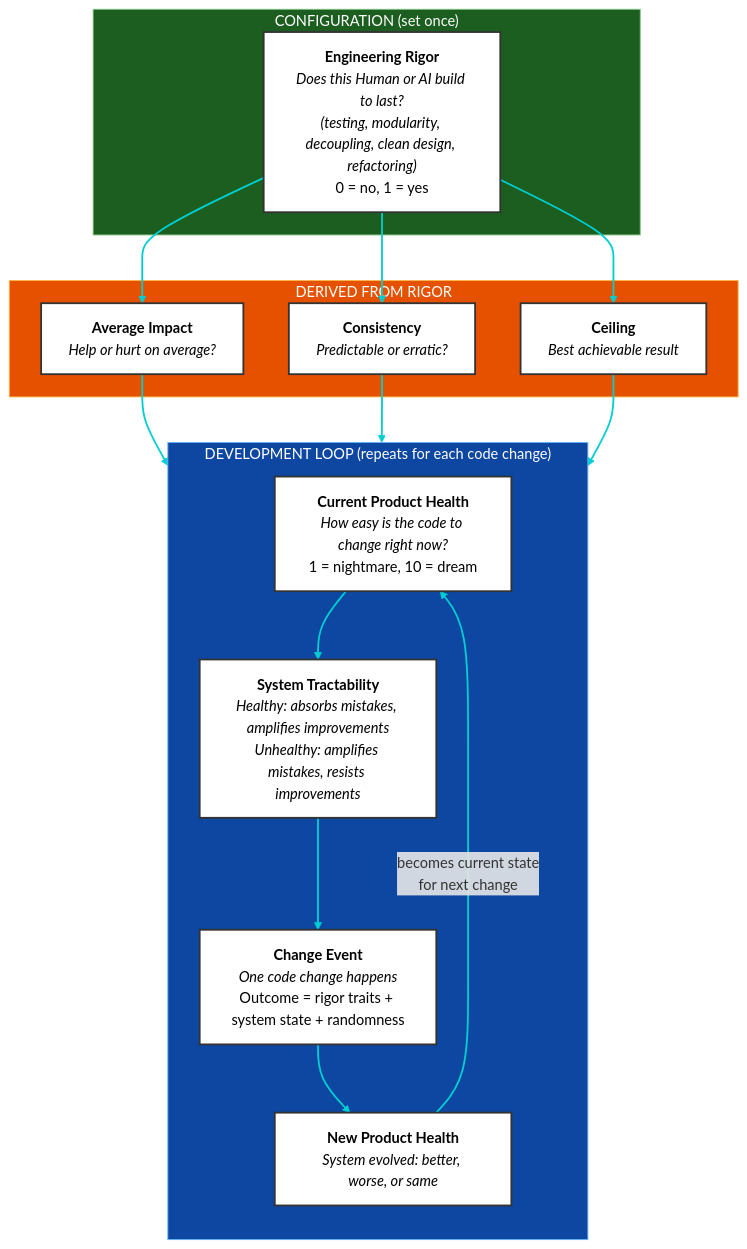
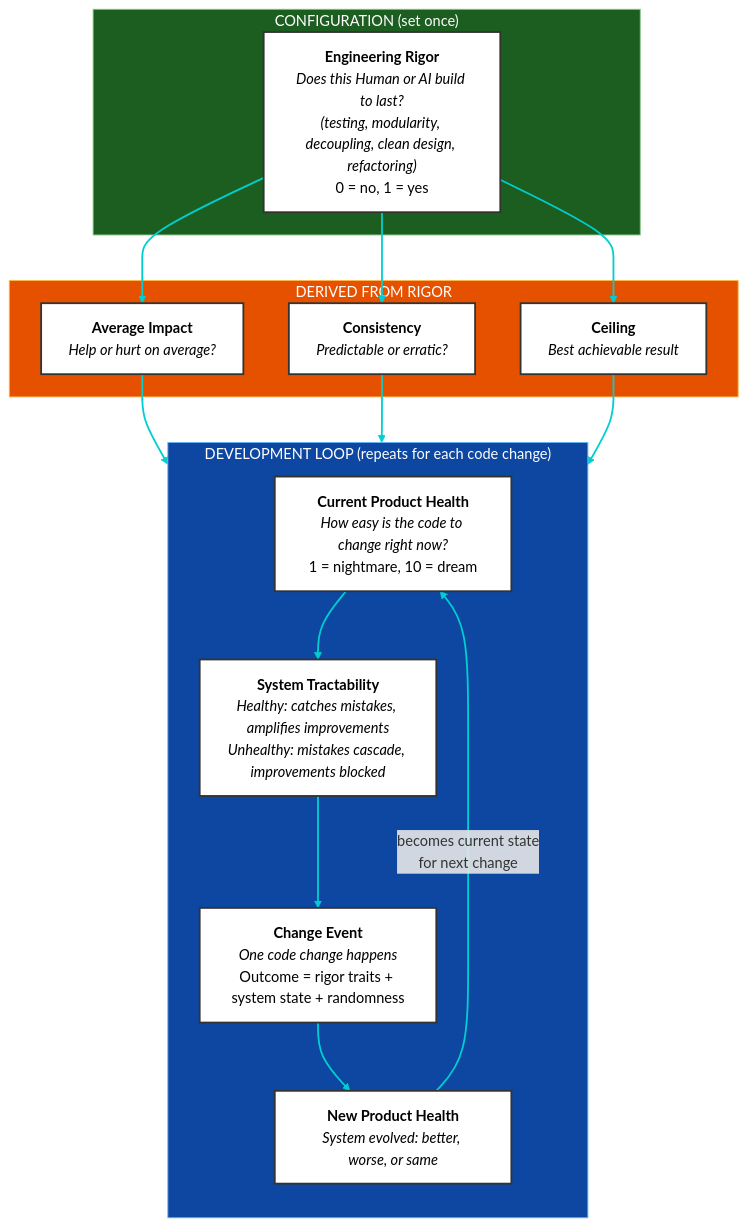
One commit to dawid-dahl-umain/product-health-dynamics changed the diagram in README.md. Above: the diagram before and after it, drawn with Mermaid. The commit also changed other lines of this file, not shown here.

Commit message:
docs: refine README to clarify the concepts of system decay and recovery, emphasizing the importance of catching mistakes in healthy codebases

````diff
--- a/README.md
+++ b/README.md
@@ -66,43 +66,43 @@
 ```mermaid
 flowchart TB
     subgraph config ["CONFIGURATION (set once)"]
         ER["<b>Engineering Rigor</b><br/><i>Does this Human or AI build to last?</i><br/><i>(testing, modularity, decoupling, clean design, refactoring)</i><br/>0 = no, 1 = yes"]
     end
 
     subgraph derived ["DERIVED FROM RIGOR"]
         BI["<b>Average Impact</b><br/><i>Help or hurt on average?</i>"]
         BS["<b>Consistency</b><br/><i>Predictable or erratic?</i>"]
         MH["<b>Ceiling</b><br/><i>Best achievable result</i>"]
     end
 
     subgraph loop ["DEVELOPMENT LOOP (repeats for each code change)"]
         direction TB
 
         PH["<b>Current Product Health</b><br/><i>How easy is the code to change right now?</i><br/>1 = nightmare, 10 = dream"]
 
-        SS["<b>System Tractability</b><br/><i>Healthy: absorbs mistakes, amplifies improvements</i><br/><i>Unhealthy: amplifies mistakes, resists improvements</i>"]
+        SS["<b>System Tractability</b><br/><i>Healthy: catches mistakes, amplifies improvements</i><br/><i>Unhealthy: mistakes cascade, improvements blocked</i>"]
 
         CE["<b>Change Event</b><br/><i>One code change happens</i><br/>Outcome = rigor traits + system state + randomness"]
 
         NPH["<b>New Product Health</b><br/><i>System evolved: better, worse, or same</i>"]
 
         PH --> SS
         SS --> CE
         CE --> NPH
         NPH -->|"becomes current state<br/>for next change"| PH
     end
 
     ER --> BI & BS & MH
     BI & BS & MH --> CE
 
     %% Styling
     style config fill:#1b5e20,stroke:#81c784,color:#fff
     style derived fill:#e65100,stroke:#ffb74d,color:#fff
     style loop fill:#0d47a1,stroke:#64b5f6,color:#fff
 
     classDef nodeStyle fill:#fff,stroke:#333,color:#000,stroke-width:2px
     class ER,PH,BI,BS,MH,SS,CE,NPH nodeStyle
 
     linkStyle default stroke:#00ced1,stroke-width:2px
 
 ```
````
